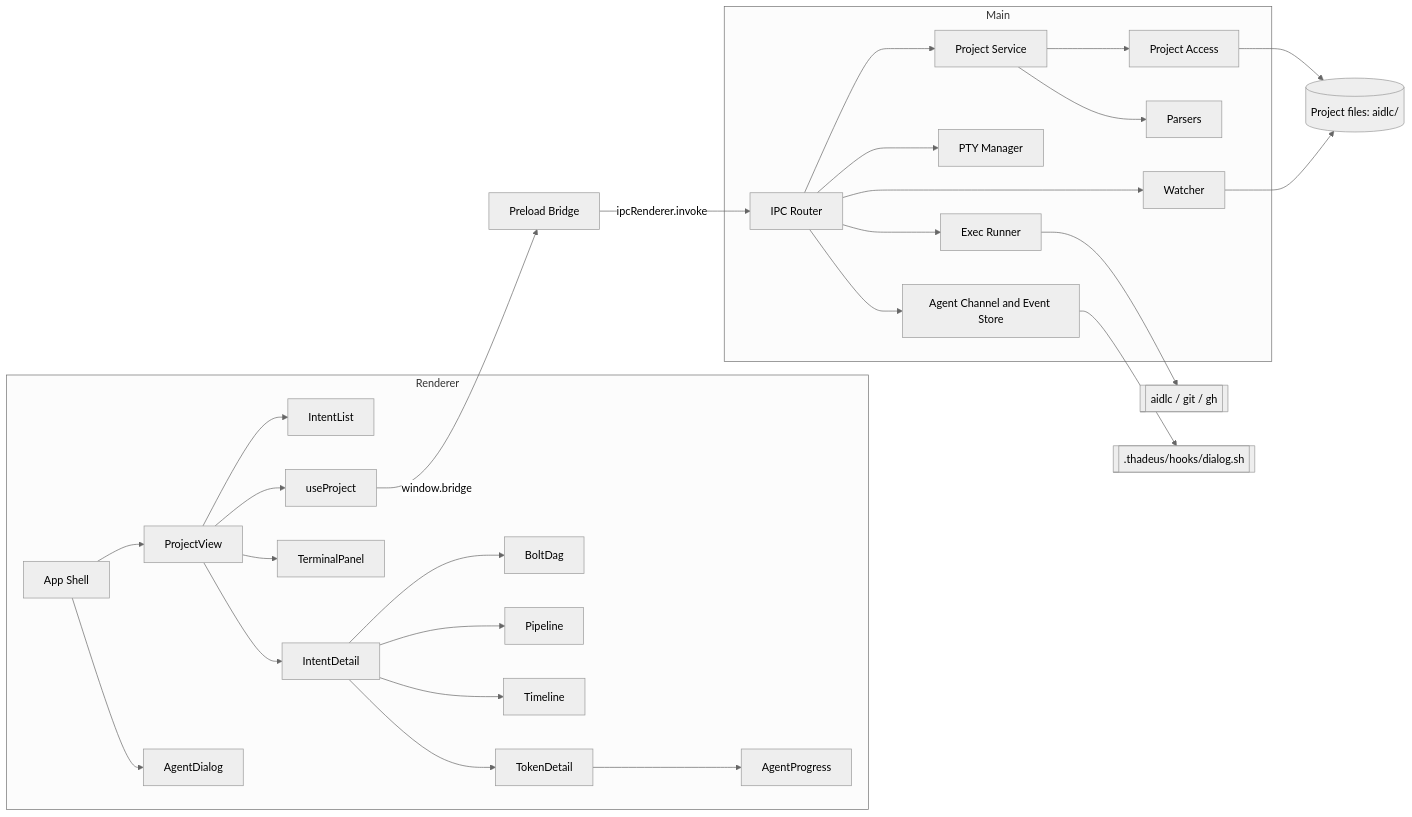
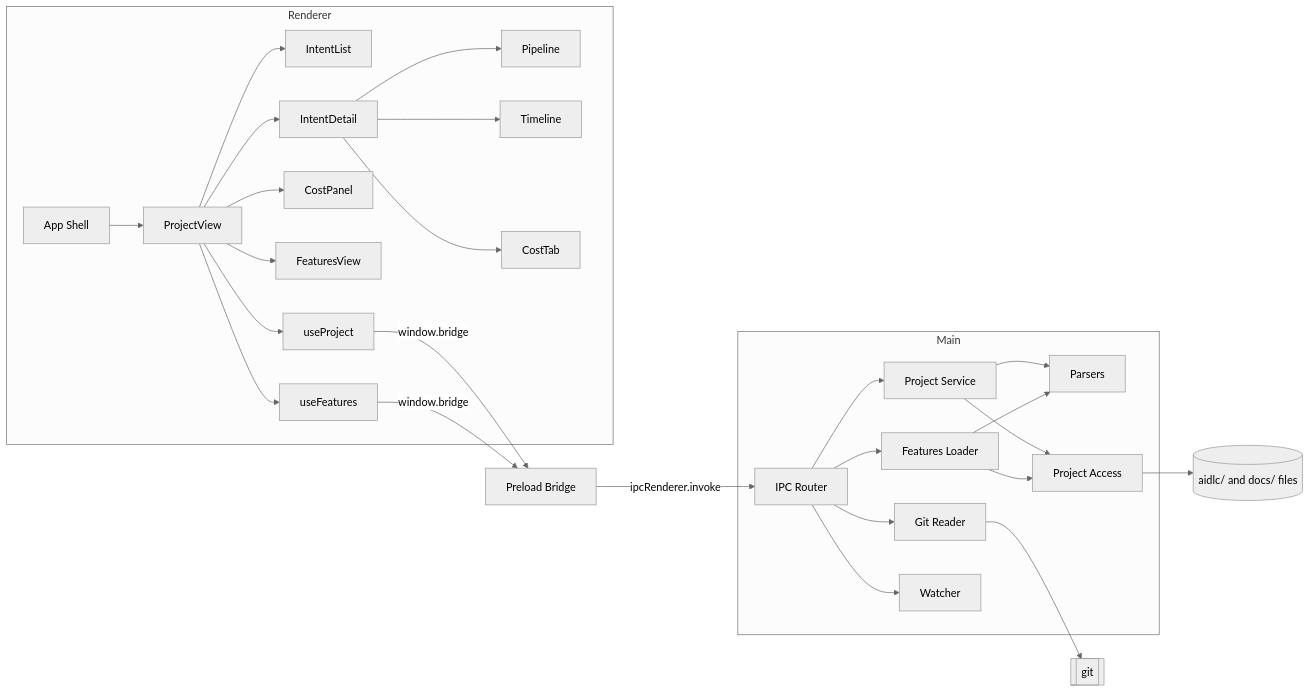
The first of 4 diagrams in aidlc/spaces/default/codekb/aidlc-dash/architecture.md (tochman/ai-dlc-thadeus), drawn with Mermaid (neutral theme) before and after one commit. The commit also changed other lines of this file and 57 other files, not shown here.

````diff
--- a/aidlc/spaces/default/codekb/aidlc-dash/architecture.md
+++ b/aidlc/spaces/default/codekb/aidlc-dash/architecture.md
@@ -22,31 +22,30 @@
 ```mermaid
 flowchart LR
   subgraph Renderer
     App[App Shell] --> PV[ProjectView]
     PV --> IL[IntentList]
     PV --> ID[IntentDetail]
-    ID --> BD[BoltDag]
+    PV --> CP[CostPanel]
+    PV --> FV[FeaturesView]
     ID --> PL[Pipeline]
     ID --> TL[Timeline]
-    ID --> TD[TokenDetail]
-    TD --> AP[AgentProgress]
-    PV --> TP[TerminalPanel]
+    ID --> CT[CostTab]
     PV --> UP[useProject]
-    App --> AD[AgentDialog]
+    PV --> UF[useFeatures]
   end
   UP -->|window.bridge| PB[Preload Bridge]
+  UF -->|window.bridge| PB
   PB -->|ipcRenderer.invoke| IPC[IPC Router]
   subgraph Main
     IPC --> PS[Project Service]
+    PS --> PR[Parsers]
     PS --> PA[Project Access]
-    PS --> PR[Parsers]
+    IPC --> FL[Features Loader]
+    FL --> PR
+    IPC --> GIT[Git Reader]
     IPC --> W[Watcher]
-    IPC --> PTY[PTY Manager]
-    IPC --> EX[Exec Runner]
-    IPC --> AG[Agent Channel and Event Store]
   end
-  PA --> FS[(Project files: aidlc/)]
-  W --> FS
-  EX --> CLI[[aidlc / git / gh]]
-  AG --> HK[[.thadeus/hooks/dialog.sh]]
+  PA --> FS[(aidlc/ and docs/ files)]
+  FL --> PA
+  GIT --> CLI[[git]]
 ```
````
